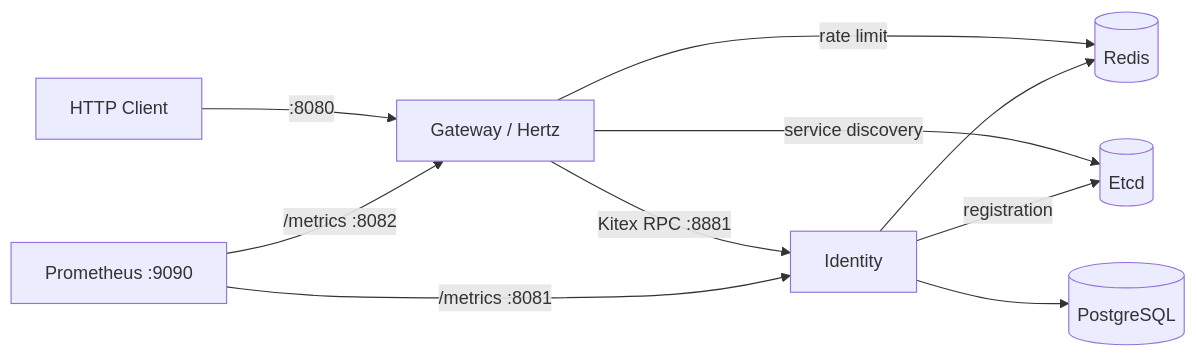
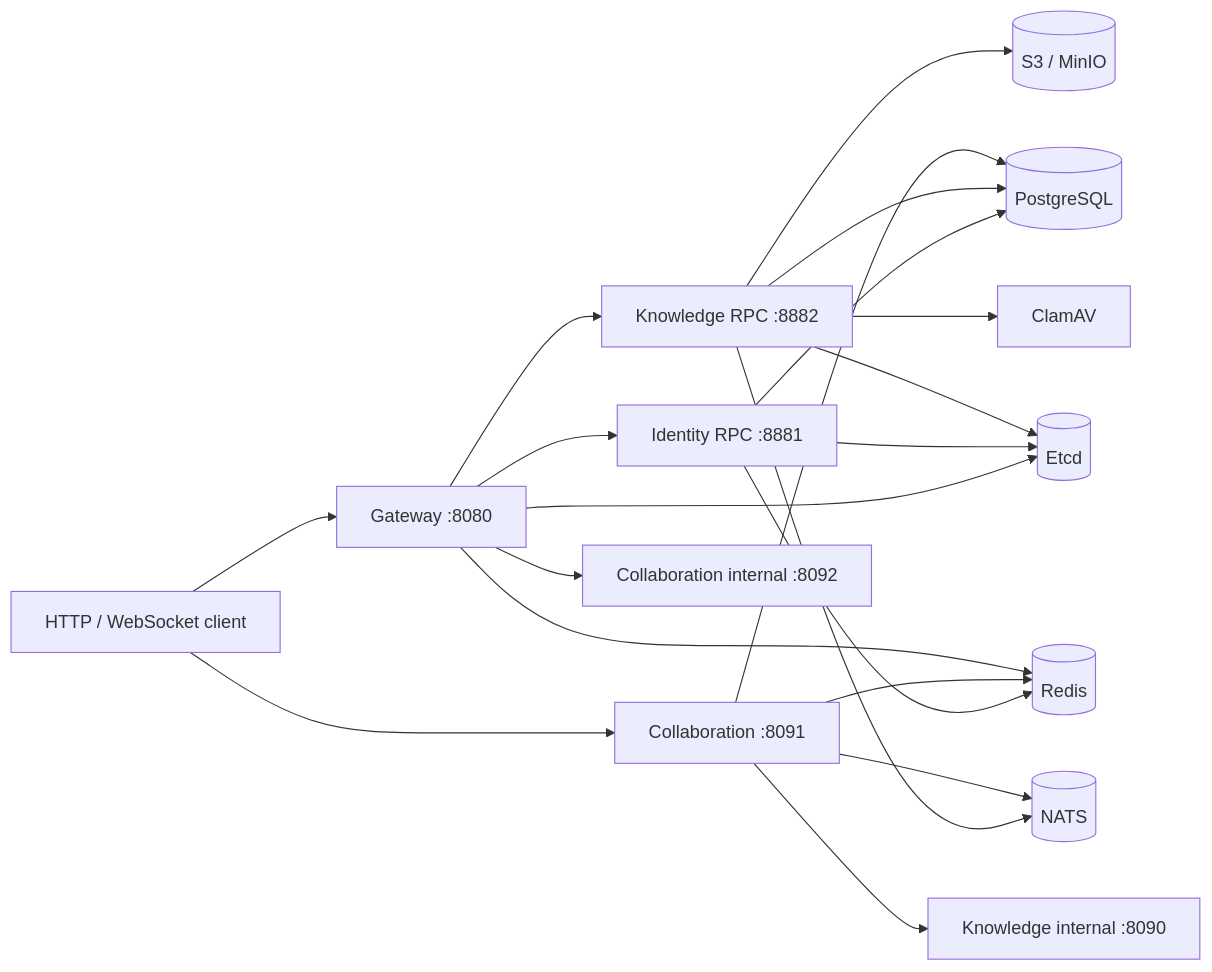
Before and after one commit to HappyLadySauceM/Knowledge-Core: the diagram in README.md, drawn with Mermaid. The commit also changed other lines of this file and 123 other files, not shown here.

Commit message:
feat: implement knowledge collaboration stack

````diff
--- a/README.md
+++ b/README.md
@@ -29,12 +66,22 @@
 ```mermaid
 flowchart LR
-    Client[HTTP Client] -->|:8080| Gateway[Gateway / Hertz]
-    Gateway -->|rate limit| Redis[(Redis)]
-    Gateway -->|service discovery| Etcd[(Etcd)]
-    Gateway -->|Kitex RPC :8881| Identity[Identity]
+    Client[HTTP / WebSocket client] --> Gateway[Gateway :8080]
+    Client --> Collaboration[Collaboration :8091]
+    Gateway --> Identity[Identity RPC :8881]
+    Gateway --> Knowledge[Knowledge RPC :8882]
+    Gateway --> CollaborationInternal[Collaboration internal :8092]
+    Collaboration --> KnowledgeInternal[Knowledge internal :8090]
     Identity --> PostgreSQL[(PostgreSQL)]
-    Identity --> Redis
-    Identity -->|registration| Etcd
-    Prometheus[Prometheus :9090] -->|/metrics :8082| Gateway
-    Prometheus -->|/metrics :8081| Identity
+    Identity --> Redis[(Redis)]
+    Knowledge --> PostgreSQL
+    Knowledge --> S3[(S3 / MinIO)]
+    Knowledge --> ClamAV[ClamAV]
+    Knowledge --> NATS[(NATS)]
+    Collaboration --> PostgreSQL
+    Collaboration --> Redis
+    Collaboration --> NATS
+    Gateway --> Redis
+    Gateway --> Etcd[(Etcd)]
+    Identity --> Etcd
+    Knowledge --> Etcd
 ```
````
